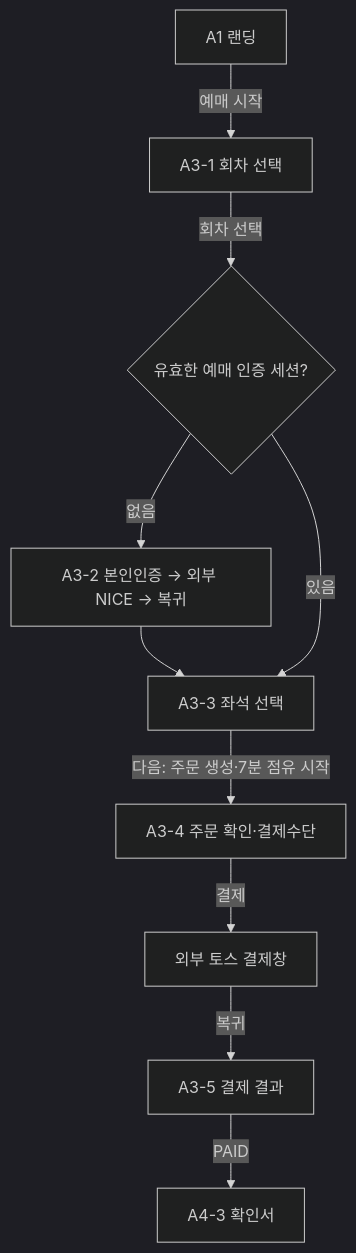
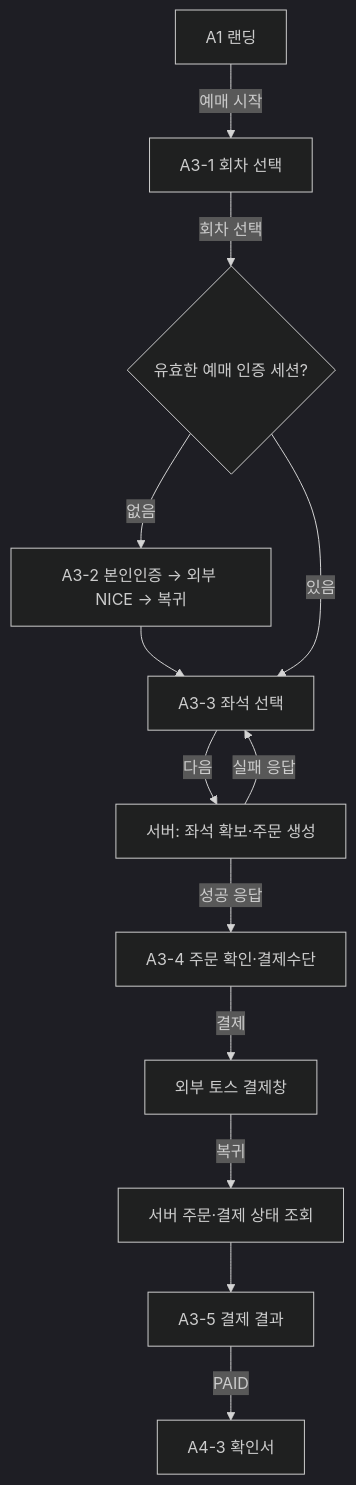
The diagram in docs/design/02_USER_FLOW.md (kkkkmini/NAZIR), drawn with Mermaid (dark theme) before and after one commit. The commit also changed other lines of this file, not shown here.

First line of the commit message:
docs: finalize NAZIR user flow

````diff
--- a/docs/design/02_USER_FLOW.md
+++ b/docs/design/02_USER_FLOW.md
@@ -21,12 +49,15 @@
 ```mermaid
 flowchart TD
   L[A1 랜딩] -->|예매 시작| S1[A3-1 회차 선택]
   S1 -->|회차 선택| G{유효한 예매 인증 세션?}
   G -->|없음| ID[A3-2 본인인증 → 외부 NICE → 복귀]
   ID --> SEAT
   G -->|있음| SEAT[A3-3 좌석 선택]
-  SEAT -->|다음: 주문 생성·7분 점유 시작| ORD[A3-4 주문 확인·결제수단]
+  SEAT -->|다음| REQ[서버: 좌석 확보·주문 생성]
+  REQ -->|성공 응답| ORD[A3-4 주문 확인·결제수단]
+  REQ -->|실패 응답| SEAT
   ORD -->|결제| PG[외부 토스 결제창]
-  PG -->|복귀| RES[A3-5 결제 결과]
+  PG -->|복귀| CHK[서버 주문·결제 상태 조회]
+  CHK --> RES[A3-5 결제 결과]
   RES -->|PAID| CONF[A4-3 확인서]
 ```
````
